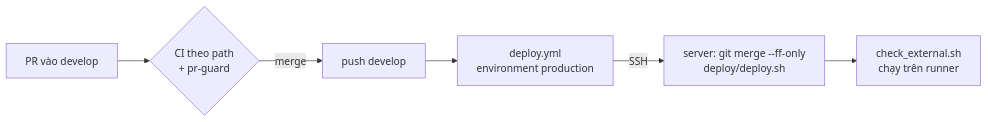
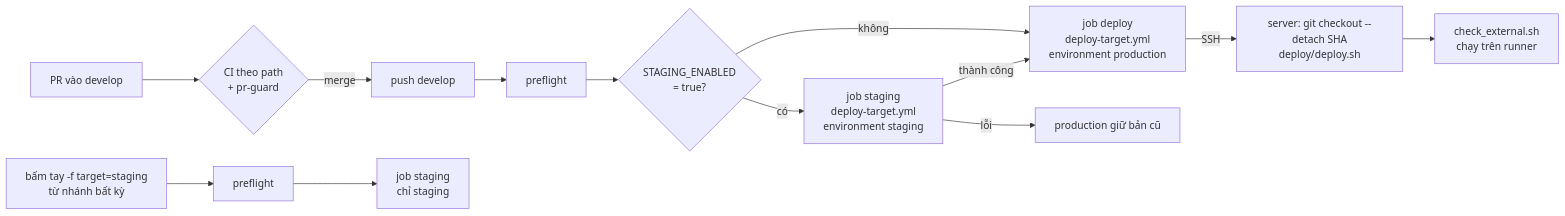
One commit to AI20K-VGR/contract-intelligence-core changed the diagram in docs/DOC-15-cicd-github-actions.md. Above: the diagram before and after it, drawn with Mermaid. The commit also changed other lines of this file and 4 other files, not shown here.

First line of the commit message:
ci(infra): keep manual staging runs from replacing a waiting production deploy

````diff
--- a/docs/DOC-15-cicd-github-actions.md
+++ b/docs/DOC-15-cicd-github-actions.md
@@ -26,8 +26,14 @@
 ```mermaid
 flowchart LR
   A[PR vào develop] --> B{CI theo path<br/>+ pr-guard}
   B -->|merge| C[push develop]
-  C --> D[deploy.yml<br/>environment production]
-  D -->|SSH| E[server: git merge --ff-only<br/>deploy/deploy.sh]
+  C --> P[preflight]
+  P --> S{STAGING_ENABLED<br/>= true?}
+  S -->|có| T[job staging<br/>deploy-target.yml<br/>environment staging]
+  T -->|thành công| D[job deploy<br/>deploy-target.yml<br/>environment production]
+  T -->|lỗi| X[production giữ bản cũ]
+  S -->|không| D
+  M[bấm tay -f target=staging<br/>từ nhánh bất kỳ] --> P2[preflight] --> T2[job staging<br/>chỉ staging]
+  D -->|SSH| E[server: git checkout --detach SHA<br/>deploy/deploy.sh]
   E --> F[check_external.sh<br/>chạy trên runner]
 ```
````
